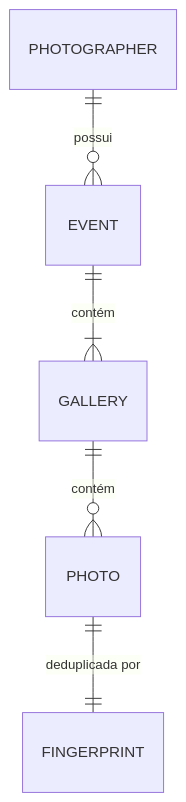
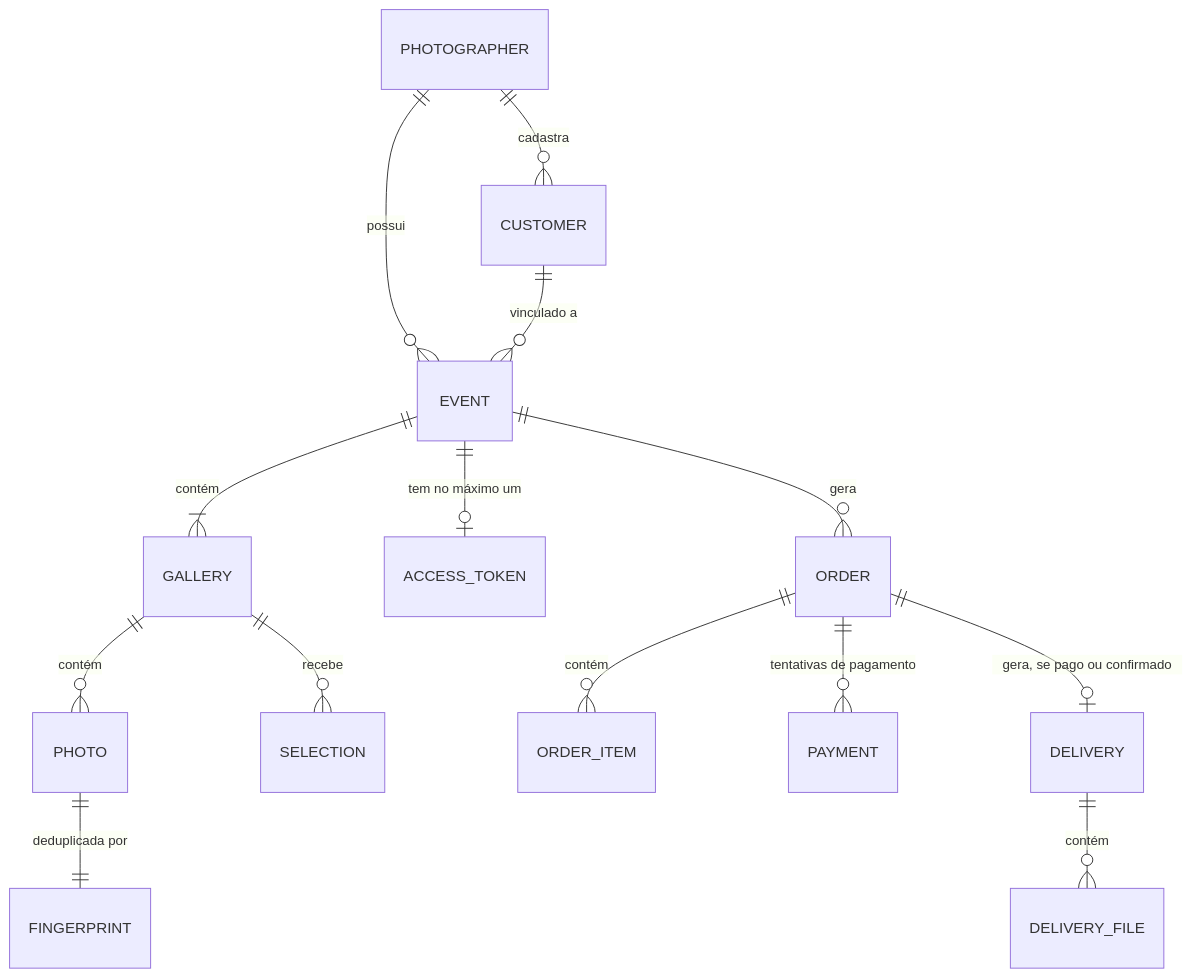
Before and after one commit to andreselva/lumora-docs: the diagram in developers/architecture/data-model.mdx, drawn with Mermaid. The commit also changed other lines of this file and 45 other files, not shown here.

````diff
--- a/developers/architecture/data-model.mdx
+++ b/developers/architecture/data-model.mdx
@@ -35,7 +58,16 @@
 ```mermaid
 erDiagram
   PHOTOGRAPHER ||--o{ EVENT : "possui"
+  PHOTOGRAPHER ||--o{ CUSTOMER : "cadastra"
+  CUSTOMER ||--o{ EVENT : "vinculado a"
   EVENT ||--|{ GALLERY : "contém"
   GALLERY ||--o{ PHOTO : "contém"
   PHOTO ||--|| FINGERPRINT : "deduplicada por"
+  EVENT ||--o| ACCESS_TOKEN : "tem no máximo um"
+  GALLERY ||--o{ SELECTION : "recebe"
+  EVENT ||--o{ ORDER : "gera"
+  ORDER ||--o{ ORDER_ITEM : "contém"
+  ORDER ||--o{ PAYMENT : "tentativas de pagamento"
+  ORDER ||--o| DELIVERY : "gera, se pago ou confirmado"
+  DELIVERY ||--o{ DELIVERY_FILE : "contém"
 ```
````
